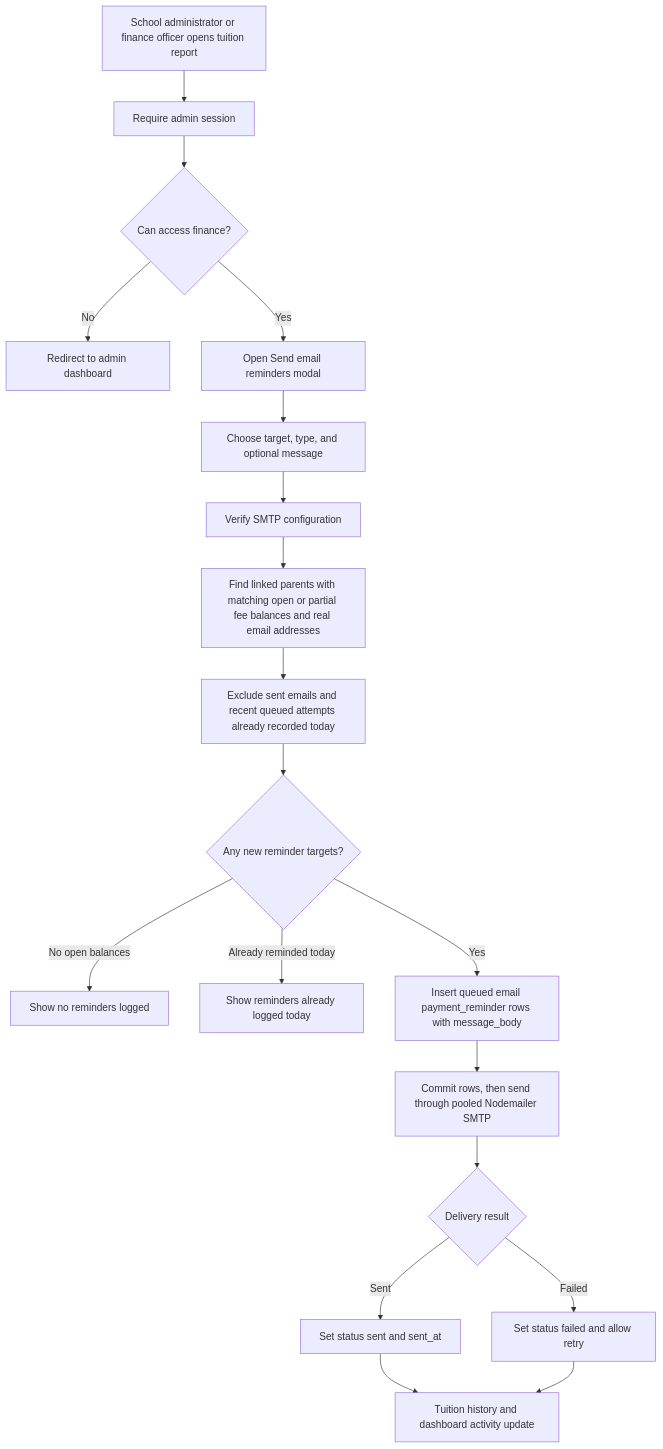
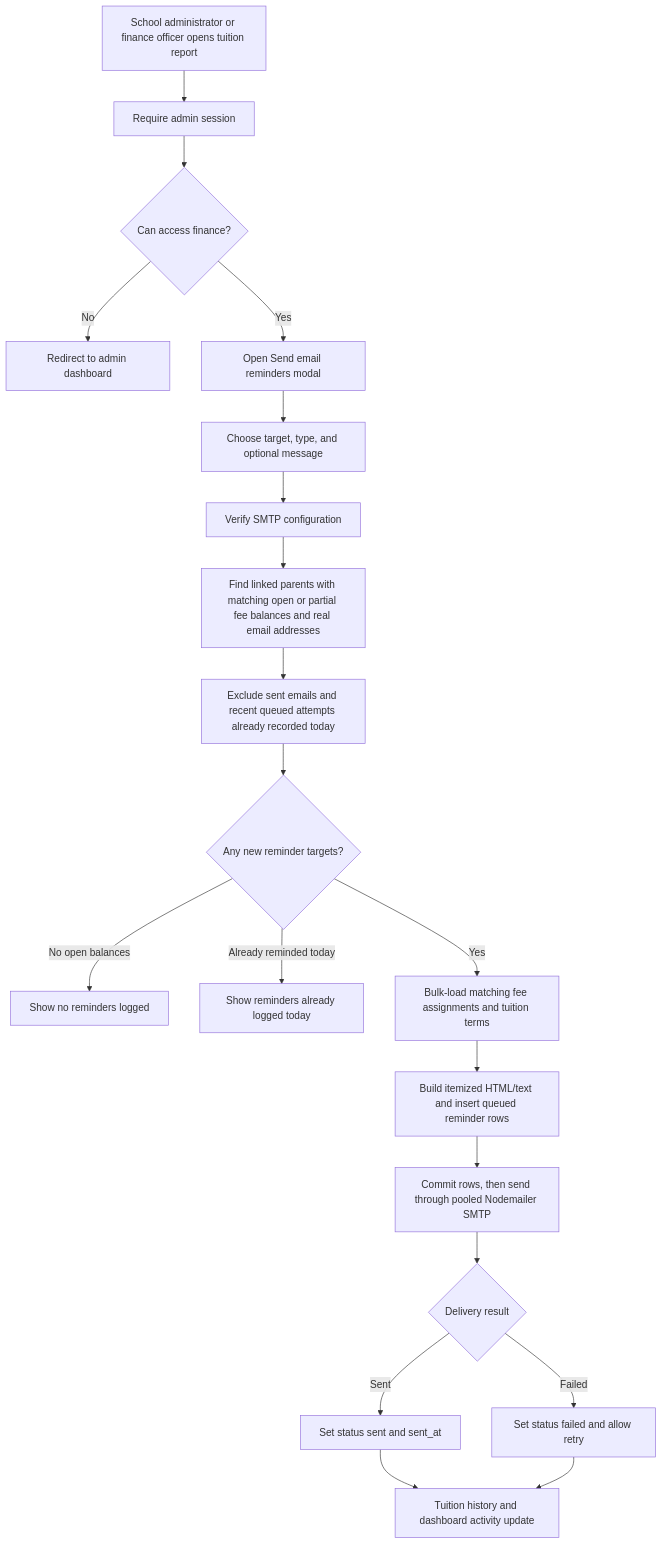
Diagram 20 of 21 in docs/PROJECT_FLOWCHARTS.md (Xeyn19/xmetapay), drawn with Mermaid before and after one commit. The commit also changed other lines of this file and 9 other files, not shown here.

````diff
--- a/docs/PROJECT_FLOWCHARTS.md
+++ b/docs/PROJECT_FLOWCHARTS.md
@@ -696,21 +696,22 @@
 ```mermaid
 flowchart TD
   A["School administrator or finance officer opens tuition report"] --> B["Require admin session"]
   B --> C{"Can access finance?"}
   C -->|No| D["Redirect to admin dashboard"]
   C -->|Yes| E["Open Send email reminders modal"]
   E --> E2["Choose target, type, and optional message"]
   E2 --> F["Verify SMTP configuration"]
   F --> G["Find linked parents with matching open or partial fee balances and real email addresses"]
   G --> G2["Exclude sent emails and recent queued attempts already recorded today"]
   G2 --> H{"Any new reminder targets?"}
   H -->|No open balances| I["Show no reminders logged"]
   H -->|Already reminded today| J["Show reminders already logged today"]
-  H -->|Yes| K["Insert queued email payment_reminder rows with message_body"]
+  H -->|Yes| H2["Bulk-load matching fee assignments and tuition terms"]
+  H2 --> K["Build itemized HTML/text and insert queued reminder rows"]
   K --> L["Commit rows, then send through pooled Nodemailer SMTP"]
   L --> M{"Delivery result"}
   M -->|Sent| N["Set status sent and sent_at"]
   M -->|Failed| O["Set status failed and allow retry"]
   N --> P["Tuition history and dashboard activity update"]
   O --> P
 ```
````
